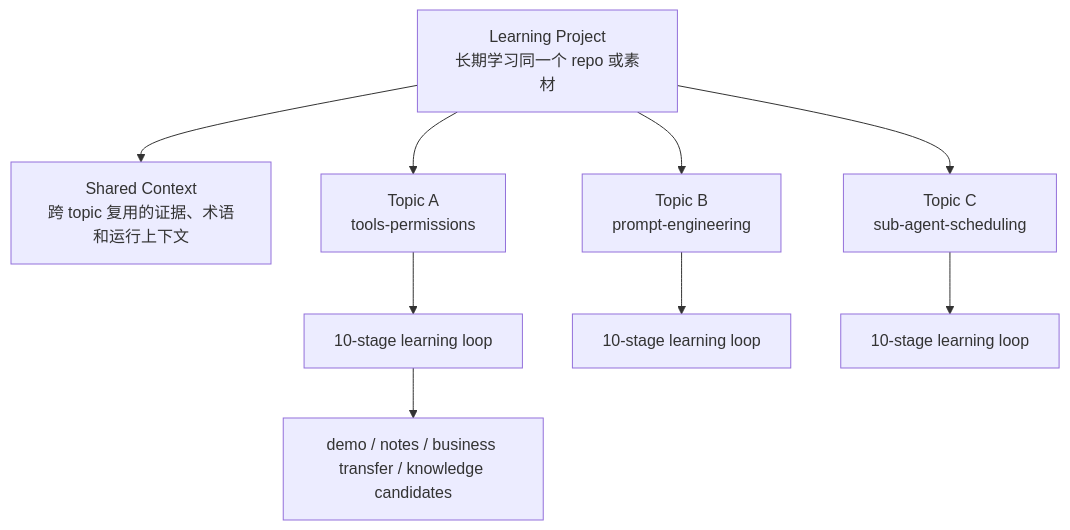
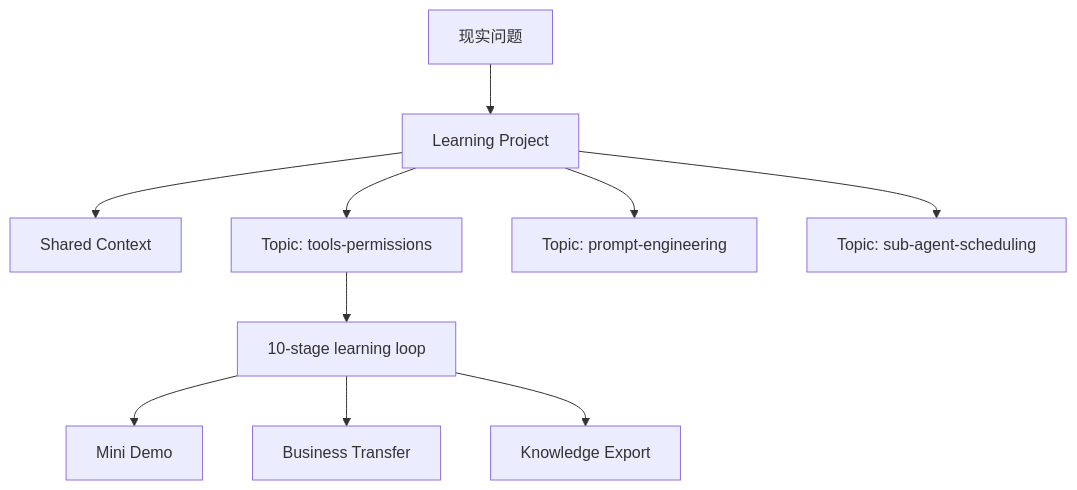
Before and after one commit to hedon954/daedalus: the first of 4 diagrams in README.md, drawn with Mermaid. The commit also changed other lines of this file and 1 other file, not shown here.

````diff
--- a/README.md
+++ b/README.md
@@ -21,13 +26,13 @@
 ```mermaid
 flowchart TD
-    Project["Learning Project<br/>长期学习同一个 repo 或素材"] --> Shared["Shared Context<br/>跨 topic 复用的证据、术语和运行上下文"]
-    Project --> TopicA["Topic A<br/>tools-permissions"]
-    Project --> TopicB["Topic B<br/>prompt-engineering"]
-    Project --> TopicC["Topic C<br/>sub-agent-scheduling"]
+    Problem["现实问题"] --> Project["Learning Project"]
+    Project --> Shared["Shared Context"]
+    Project --> TopicA["Topic: tools-permissions"]
+    Project --> TopicB["Topic: prompt-engineering"]
+    Project --> TopicC["Topic: sub-agent-scheduling"]
 
-    TopicA --> StagesA["10-stage learning loop"]
-    TopicB --> StagesB["10-stage learning loop"]
-    TopicC --> StagesC["10-stage learning loop"]
-
-    StagesA --> ArtifactsA["demo / notes / business transfer / knowledge candidates"]
+    TopicA --> Loop["10-stage learning loop"]
+    Loop --> Demo["Mini Demo"]
+    Loop --> Transfer["Business Transfer"]
+    Loop --> Knowledge["Knowledge Export"]
 ```
````
